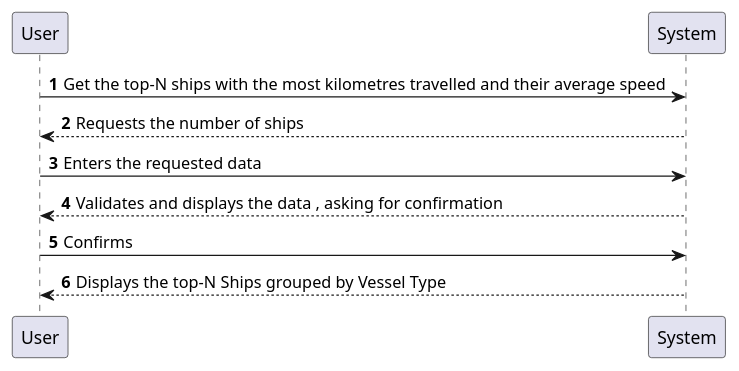
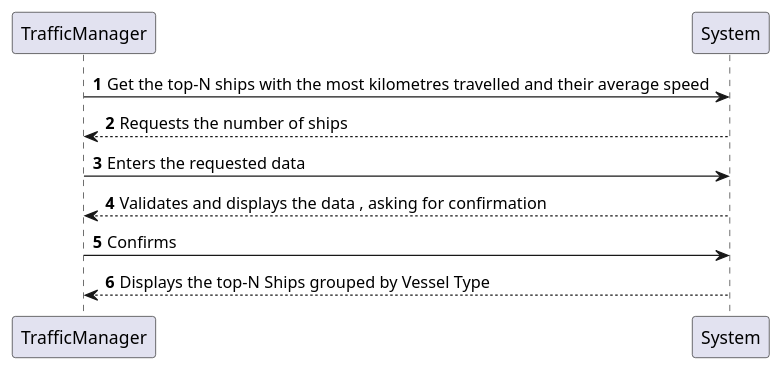
The diagram in Docs/Sprint1/US106/SSD.puml (LourencoMelo/ISEP-LAPR3-ESINF), drawn with PlantUML before and after one commit. The commit also changed 4 other files, not shown here.

```diff
--- a/Docs/Sprint1/US106/SSD.puml
+++ b/Docs/Sprint1/US106/SSD.puml
@@ -1,12 +1,12 @@
 @startuml
 'https://plantuml.com/sequence-diagram
 
 autonumber
 
-User -> System : Get the top-N ships with the most kilometres travelled and their average speed
-System --> User: Requests the number of ships
-User -> System : Enters the requested data
-System --> User : Validates and displays the data , asking for confirmation
-User -> System : Confirms
-System --> User : Displays the top-N Ships grouped by Vessel Type
+TrafficManager -> System : Get the top-N ships with the most kilometres travelled and their average speed
+System --> TrafficManager: Requests the number of ships
+TrafficManager -> System : Enters the requested data
+System --> TrafficManager : Validates and displays the data , asking for confirmation
+TrafficManager -> System : Confirms
+System --> TrafficManager : Displays the top-N Ships grouped by Vessel Type
 @enduml
```
